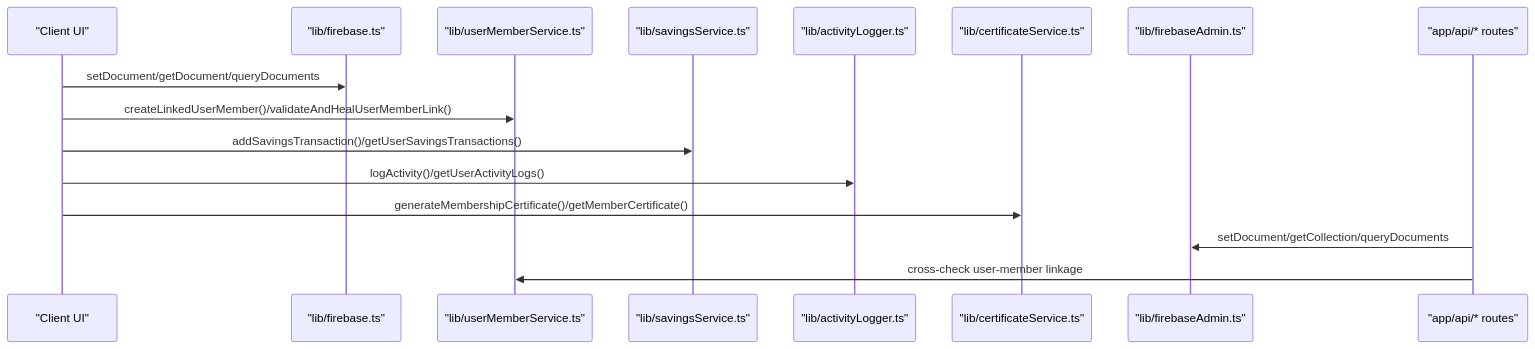
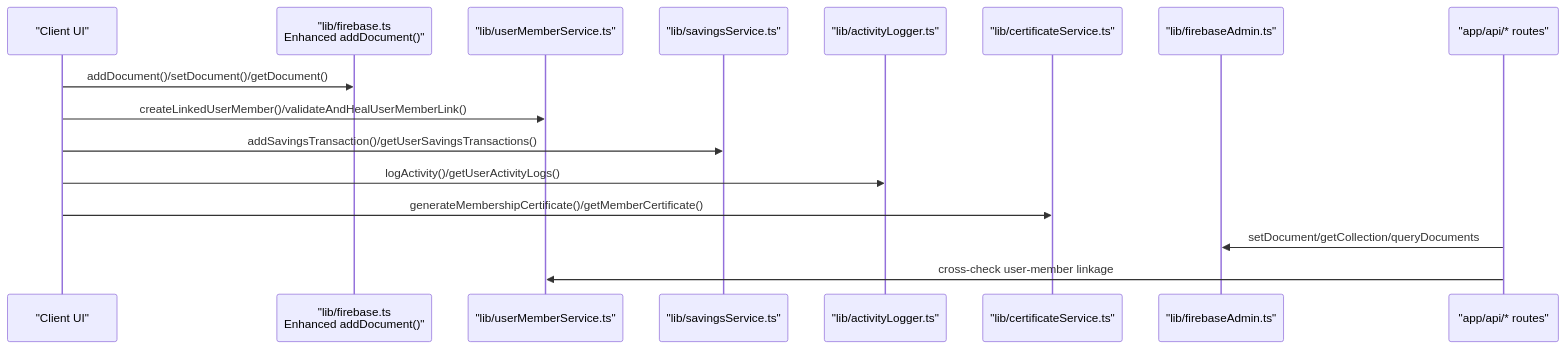
One commit to Unsure-bry/sampacoop_system changed the second of 5 diagrams in .qoder/repowiki/en/content/Database Design & Data Models/Database Design & Data Models.md. Above: the diagram before and after it, drawn with Mermaid. The commit also changed other lines of this file and 4 other files, not shown here.

````diff
--- a/.qoder/repowiki/en/content/Database Design & Data Models/Database Design & Data Models.md
+++ b/.qoder/repowiki/en/content/Database Design & Data Models/Database Design & Data Models.md
@@ -136,18 +148,18 @@
 ```mermaid
 sequenceDiagram
 participant UI as "Client UI"
-participant FB as "lib/firebase.ts"
+participant FB as "lib/firebase.ts<br/>Enhanced addDocument()"
 participant UMS as "lib/userMemberService.ts"
 participant SS as "lib/savingsService.ts"
 participant AL as "lib/activityLogger.ts"
 participant CS as "lib/certificateService.ts"
 participant FA as "lib/firebaseAdmin.ts"
 participant API as "app/api/* routes"
-UI->>FB : setDocument/getDocument/queryDocuments
+UI->>FB : addDocument()/setDocument()/getDocument()
 UI->>UMS : createLinkedUserMember()/validateAndHealUserMemberLink()
 UI->>SS : addSavingsTransaction()/getUserSavingsTransactions()
 UI->>AL : logActivity()/getUserActivityLogs()
 UI->>CS : generateMembershipCertificate()/getMemberCertificate()
 API->>FA : setDocument/getCollection/queryDocuments
 API->>UMS : cross-check user-member linkage
 ```
````
